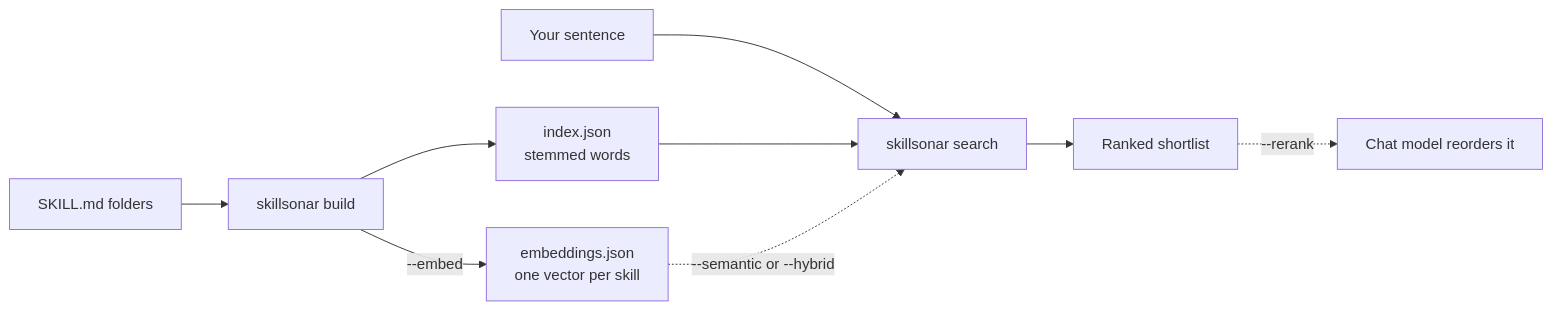
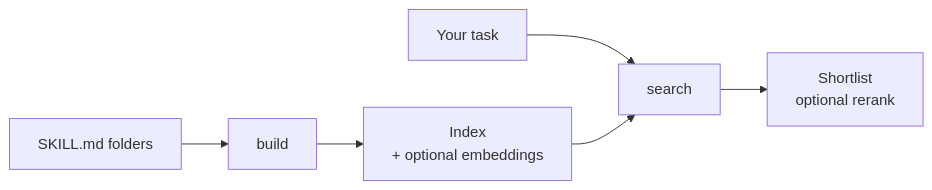
Before and after one commit to 0xCydral/skillsonar: the diagram in README.md, drawn with Mermaid. The commit also changed 1 other file, not shown here.

Commit message:
docs: smaller how-it-works diagram, distinct banner tagline

````diff
--- a/README.md
+++ b/README.md
@@ -45,11 +45,8 @@
 ```mermaid
 flowchart LR
-    A["SKILL.md folders"] --> B["skillsonar build"]
-    B --> C["index.json<br/>stemmed words"]
-    B -->|"--embed"| D["embeddings.json<br/>one vector per skill"]
-    Q["Your sentence"] --> S["skillsonar search"]
+    A["SKILL.md folders"] --> B["build"]
+    B --> C["Index<br/>+ optional embeddings"]
+    Q["Your task"] --> S["search"]
     C --> S
-    D -.->|"--semantic or --hybrid"| S
-    S --> R["Ranked shortlist"]
-    R -.->|"--rerank"| M["Chat model reorders it"]
+    S --> R["Shortlist<br/>optional rerank"]
 ```
````
